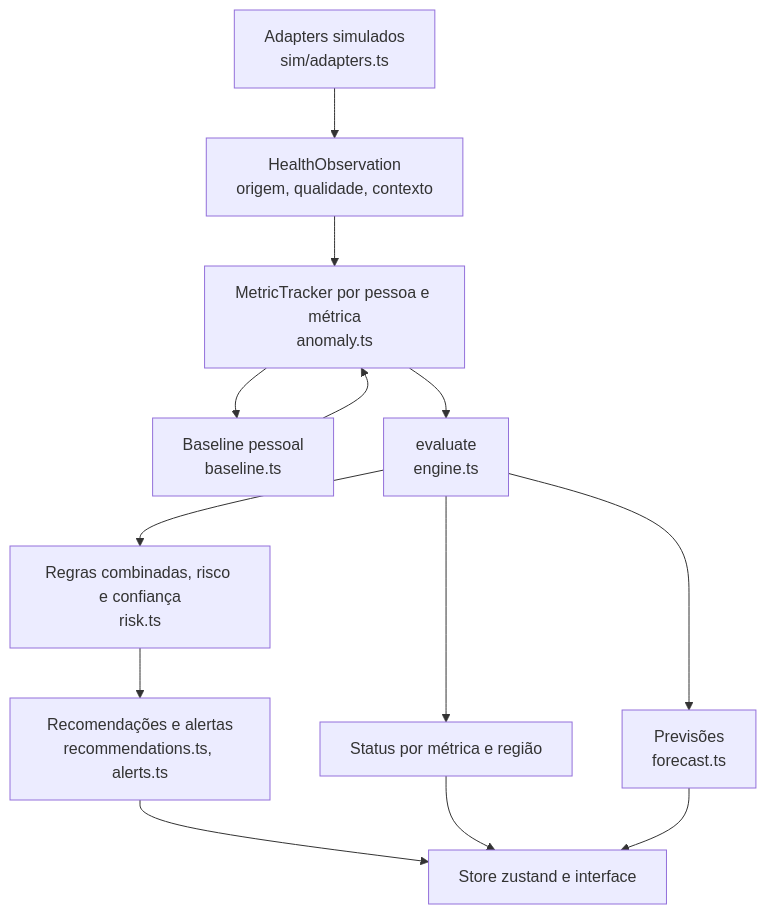
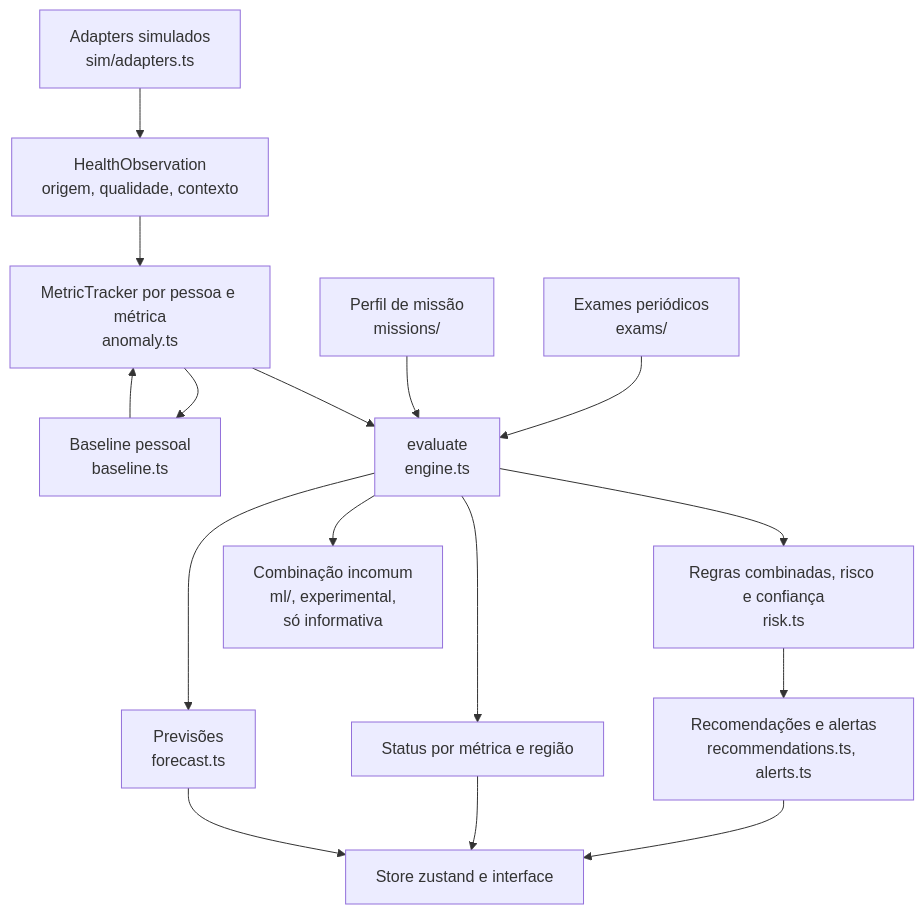
The diagram in docs-site/pt/intelligence/overview.md (Gabrieldiv/astronaut-health-intelligence-platform), drawn with Mermaid before and after one commit. The commit also changed other lines of this file and 40 other files, not shown here.

````diff
--- a/docs-site/pt/intelligence/overview.md
+++ b/docs-site/pt/intelligence/overview.md
@@ -34,15 +36,18 @@
 ```mermaid
 flowchart TB
     A[Adapters simulados<br/>sim/adapters.ts] --> B[HealthObservation<br/>origem, qualidade, contexto]
     B --> C[MetricTracker por pessoa e métrica<br/>anomaly.ts]
     C --> BL[Baseline pessoal<br/>baseline.ts]
+    EX[Exames periódicos<br/>exams/] --> D
+    MP[Perfil de missão<br/>missions/] --> D
     BL --> C
     C --> D[evaluate<br/>engine.ts]
     D --> E[Status por métrica e região]
     D --> F[Regras combinadas, risco e confiança<br/>risk.ts]
     D --> G[Previsões<br/>forecast.ts]
+    D --> ML[Combinação incomum<br/>ml/, experimental,<br/>só informativa]
     F --> H[Recomendações e alertas<br/>recommendations.ts, alerts.ts]
     H --> I[Store zustand e interface]
     E --> I
     G --> I
 ```
````
